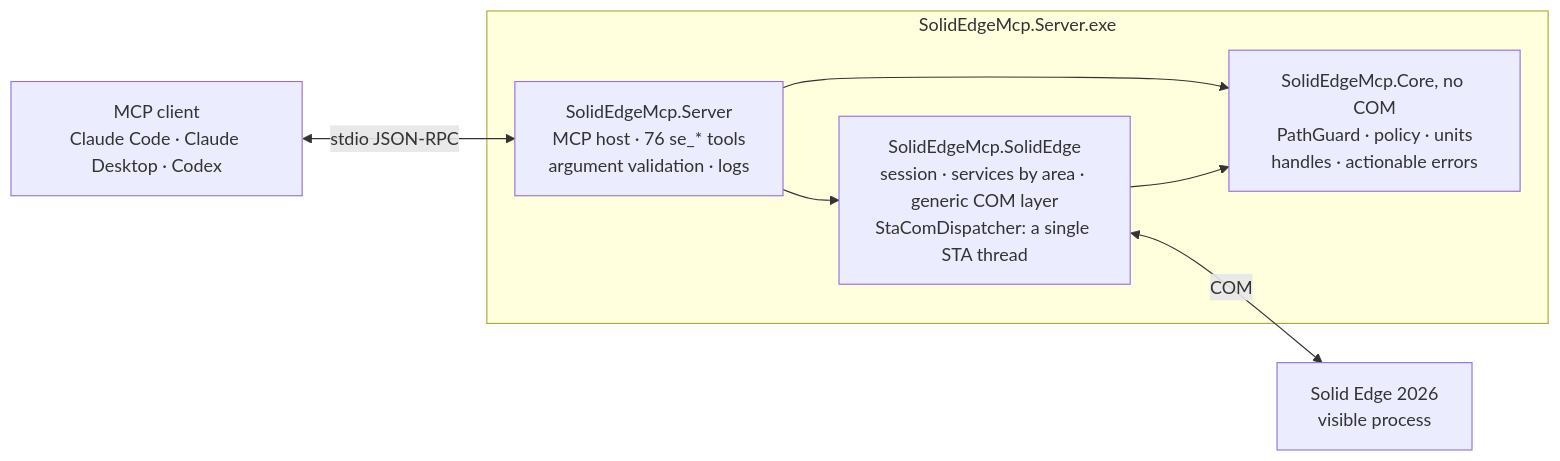
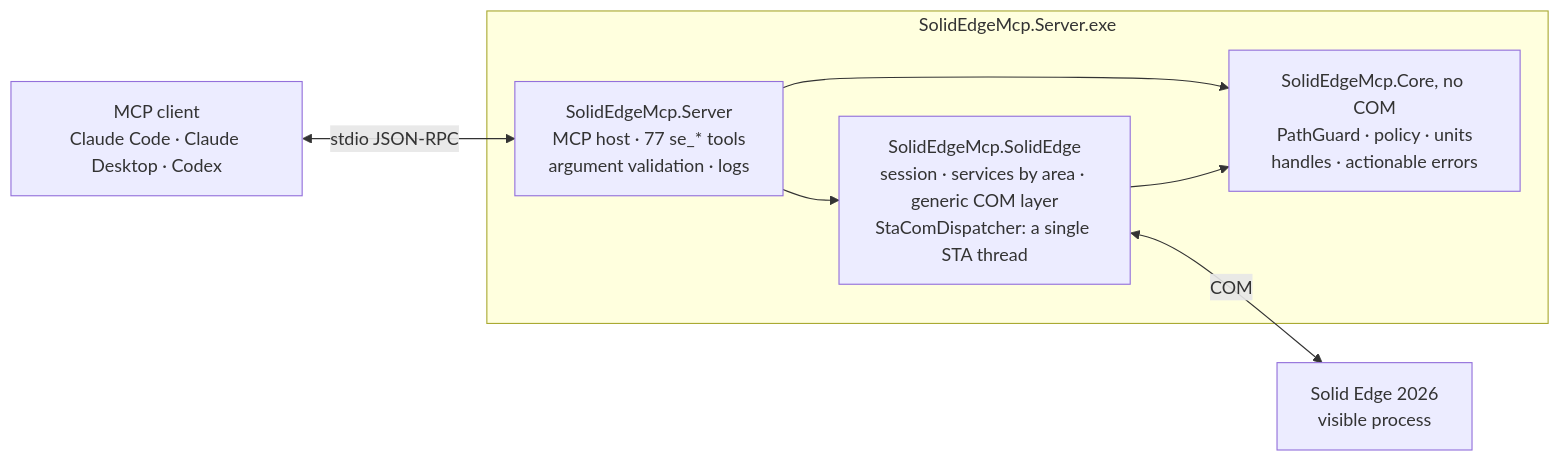
The diagram in README.md (gabichuuuuu/solid-edge-mcp), drawn with Mermaid before and after one commit. The commit also changed other lines of this file and 11 other files, not shown here.

````diff
--- a/README.md
+++ b/README.md
@@ -319,18 +320,18 @@
 ```mermaid
 flowchart LR
     client["MCP client<br/>Claude Code · Claude Desktop · Codex"]
 
     subgraph exe ["SolidEdgeMcp.Server.exe"]
-        server["SolidEdgeMcp.Server<br/>MCP host · 76 se_* tools<br/>argument validation · logs"]
+        server["SolidEdgeMcp.Server<br/>MCP host · 77 se_* tools<br/>argument validation · logs"]
         se["SolidEdgeMcp.SolidEdge<br/>session · services by area · generic COM layer<br/>StaComDispatcher: a single STA thread"]
         core["SolidEdgeMcp.Core, no COM<br/>PathGuard · policy · units<br/>handles · actionable errors"]
         server --> se
         server --> core
         se --> core
     end
 
     app["Solid Edge 2026<br/>visible process"]
 
     client <-->|stdio JSON-RPC| server
     se <-->|COM| app
 ```
````
